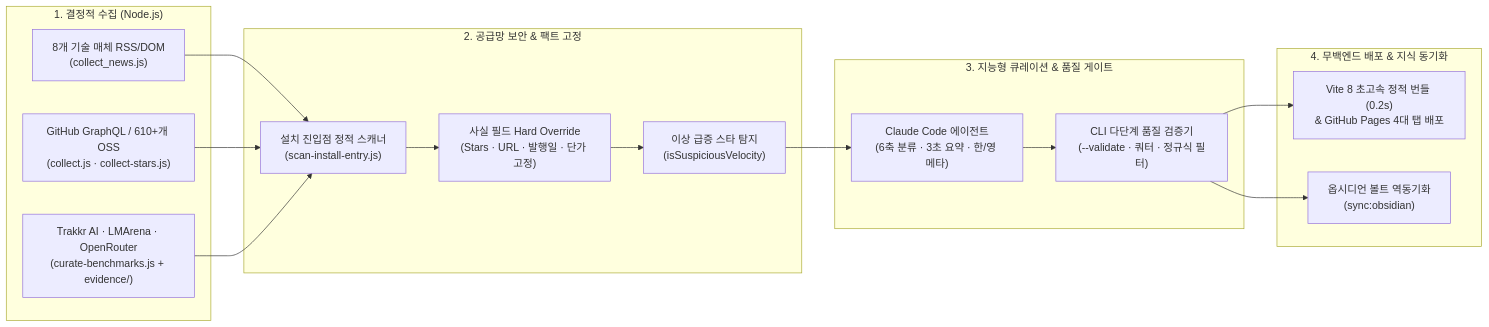
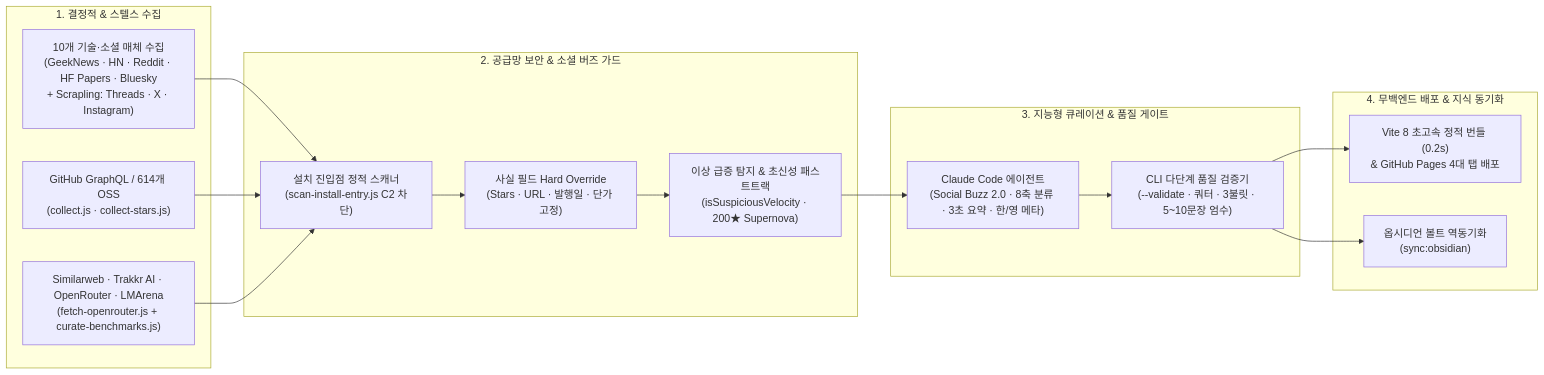
One commit to ldk-hub/ai-weekly changed the diagram in README.md. Above: the diagram before and after it, drawn with Mermaid. The commit also changed other lines of this file and 5 other files, not shown here.

Commit message:
docs(readme): update pipeline architecture with scrapling & social signals, refresh all screenshots with 2026-11 live UI

````diff
--- a/README.md
+++ b/README.md
@@ -32,26 +33,26 @@
 ```mermaid
 flowchart LR
-    subgraph Collect["1. 결정적 수집 (Node.js)"]
-        S1["8개 기술 매체 RSS/DOM\n(collect_news.js)"]
-        S2["GitHub GraphQL / 610+개 OSS\n(collect.js · collect-stars.js)"]
-        S3["Trakkr AI · LMArena · OpenRouter\n(curate-benchmarks.js + evidence/)"]
+    subgraph Collect["1. 결정적 & 스텔스 수집"]
+        S1["10개 기술·소셜 매체 수집\n(GeekNews · HN · Reddit · HF Papers · Bluesky\n+ Scrapling: Threads · X · Instagram)"]
+        S2["GitHub GraphQL / 614개 OSS\n(collect.js · collect-stars.js)"]
+        S3["Similarweb · Trakkr AI · OpenRouter · LMArena\n(fetch-openrouter.js + curate-benchmarks.js)"]
     end
 
-    subgraph Guard["2. 공급망 보안 & 팩트 고정"]
-        G1["설치 진입점 정적 스캐너\n(scan-install-entry.js)"]
+    subgraph Guard["2. 공급망 보안 & 소셜 버즈 가드"]
+        G1["설치 진입점 정적 스캐너\n(scan-install-entry.js C2 차단)"]
         G2["사실 필드 Hard Override\n(Stars · URL · 발행일 · 단가 고정)"]
-        G3["이상 급증 스타 탐지\n(isSuspiciousVelocity)"]
+        G3["이상 급증 탐지 & 초신성 패스트트랙\n(isSuspiciousVelocity · 200★ Supernova)"]
     end
 
     subgraph Curate["3. 지능형 큐레이션 & 품질 게이트"]
-        C1["Claude Code 에이전트\n(6축 분류 · 3초 요약 · 한/영 메타)"]
-        C2["CLI 다단계 품질 검증기\n(--validate · 쿼터 · 정규식 필터)"]
+        C1["Claude Code 에이전트\n(Social Buzz 2.0 · 8축 분류 · 3초 요약 · 한/영 메타)"]
+        C2["CLI 다단계 품질 검증기\n(--validate · 쿼터 · 3불릿 · 5~10문장 엄수)"]
     end
 
     subgraph Publish["4. 무백엔드 배포 & 지식 동기화"]
         P1["Vite 8 초고속 정적 번들 (0.2s)\n& GitHub Pages 4대 탭 배포"]
         P2["옵시디언 볼트 역동기화\n(sync:obsidian)"]
     end
 
     S1 & S2 & S3 --> G1 --> G2 --> G3 --> C1 --> C2 --> P1 & P2
 ```
````
